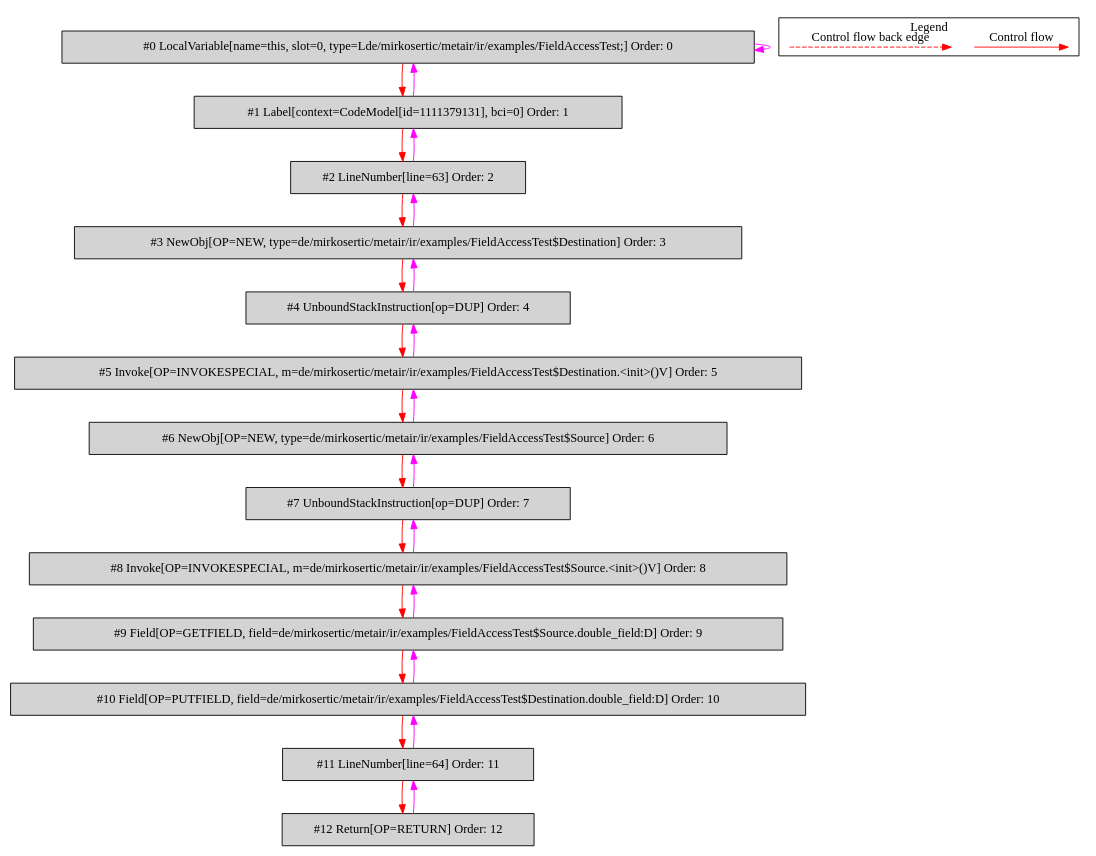
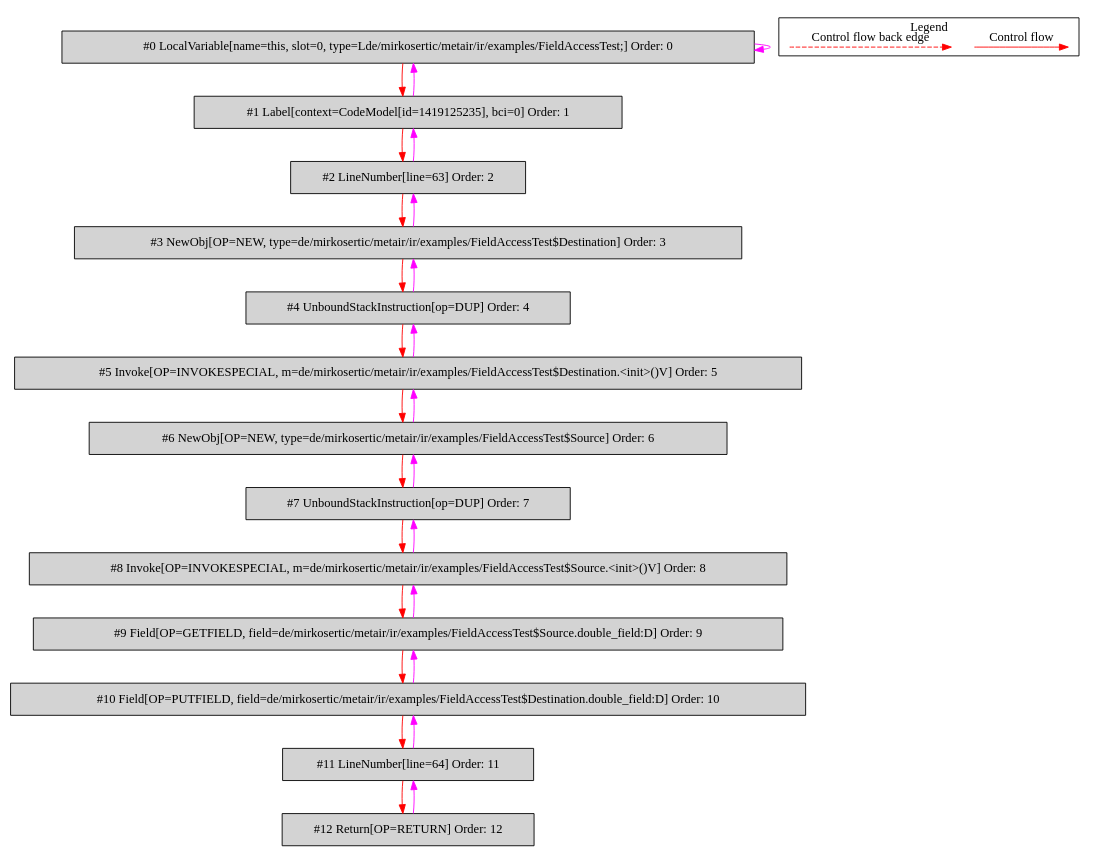
Before and after one commit to mirkosertic/MetaIR: the diagram in de.mirkosertic.metair.ir.examples.FieldAccessTest/copy_double/bytecodecfg.dot, drawn with Graphviz. The commit also changed 1281 other files, not shown here.

```diff
--- a/de.mirkosertic.metair.ir.examples.FieldAccessTest/copy_double/bytecodecfg.dot
+++ b/de.mirkosertic.metair.ir.examples.FieldAccessTest/copy_double/bytecodecfg.dot
@@ -1,55 +1,55 @@
 digraph {
  ordering="in";
  node0[label="#0 LocalVariable[name=this, slot=0, type=Lde/mirkosertic/metair/ir/examples/FieldAccessTest;] Order: 0", shape=box, fillcolor=lightgrey, style=filled];
- node1[label="#1 Label[context=CodeModel[id=1111379131], bci=0] Order: 1", shape=box, fillcolor=lightgrey, style=filled];
+ node1[label="#1 Label[context=CodeModel[id=1419125235], bci=0] Order: 1", shape=box, fillcolor=lightgrey, style=filled];
  node2[label="#2 LineNumber[line=63] Order: 2", shape=box, fillcolor=lightgrey, style=filled];
  node3[label="#3 NewObj[OP=NEW, type=de/mirkosertic/metair/ir/examples/FieldAccessTest$Destination] Order: 3", shape=box, fillcolor=lightgrey, style=filled];
  node4[label="#4 UnboundStackInstruction[op=DUP] Order: 4", shape=box, fillcolor=lightgrey, style=filled];
  node5[label="#5 Invoke[OP=INVOKESPECIAL, m=de/mirkosertic/metair/ir/examples/FieldAccessTest$Destination.<init>()V] Order: 5", shape=box, fillcolor=lightgrey, style=filled];
  node6[label="#6 NewObj[OP=NEW, type=de/mirkosertic/metair/ir/examples/FieldAccessTest$Source] Order: 6", shape=box, fillcolor=lightgrey, style=filled];
  node7[label="#7 UnboundStackInstruction[op=DUP] Order: 7", shape=box, fillcolor=lightgrey, style=filled];
  node8[label="#8 Invoke[OP=INVOKESPECIAL, m=de/mirkosertic/metair/ir/examples/FieldAccessTest$Source.<init>()V] Order: 8", shape=box, fillcolor=lightgrey, style=filled];
  node9[label="#9 Field[OP=GETFIELD, field=de/mirkosertic/metair/ir/examples/FieldAccessTest$Source.double_field:D] Order: 9", shape=box, fillcolor=lightgrey, style=filled];
  node10[label="#10 Field[OP=PUTFIELD, field=de/mirkosertic/metair/ir/examples/FieldAccessTest$Destination.double_field:D] Order: 10", shape=box, fillcolor=lightgrey, style=filled];
  node11[label="#11 LineNumber[line=64] Order: 11", shape=box, fillcolor=lightgrey, style=filled];
  node12[label="#12 Return[OP=RETURN] Order: 12", shape=box, fillcolor=lightgrey, style=filled];
  node0 -> node0[color=fuchsia];
  node0 -> node1[color=red];
  node1 -> node0[color=fuchsia];
  node1 -> node2[color=red];
  node2 -> node1[color=fuchsia];
  node2 -> node3[color=red];
  node3 -> node2[color=fuchsia];
  node3 -> node4[color=red];
  node4 -> node3[color=fuchsia];
  node4 -> node5[color=red];
  node5 -> node4[color=fuchsia];
  node5 -> node6[color=red];
  node6 -> node5[color=fuchsia];
  node6 -> node7[color=red];
  node7 -> node6[color=fuchsia];
  node7 -> node8[color=red];
  node8 -> node7[color=fuchsia];
  node8 -> node9[color=red];
  node9 -> node8[color=fuchsia];
  node9 -> node10[color=red];
  node10 -> node9[color=fuchsia];
  node10 -> node11[color=red];
  node11 -> node10[color=fuchsia];
  node11 -> node12[color=red];
  node12 -> node11[color=fuchsia];
  subgraph cluster_000 {
   label = "Legend";
   node [shape=point]
   {
    rank=same;
    c0 [style = invis];
    c1 [style = invis];
    c2 [style = invis];
    c3 [style = invis];
   }
   c0 -> c1 [label="Control flow", style=solid, color=red]
   c2 -> c3 [label="Control flow back edge", style=dashed, color=red]
  }
 
 }
```
